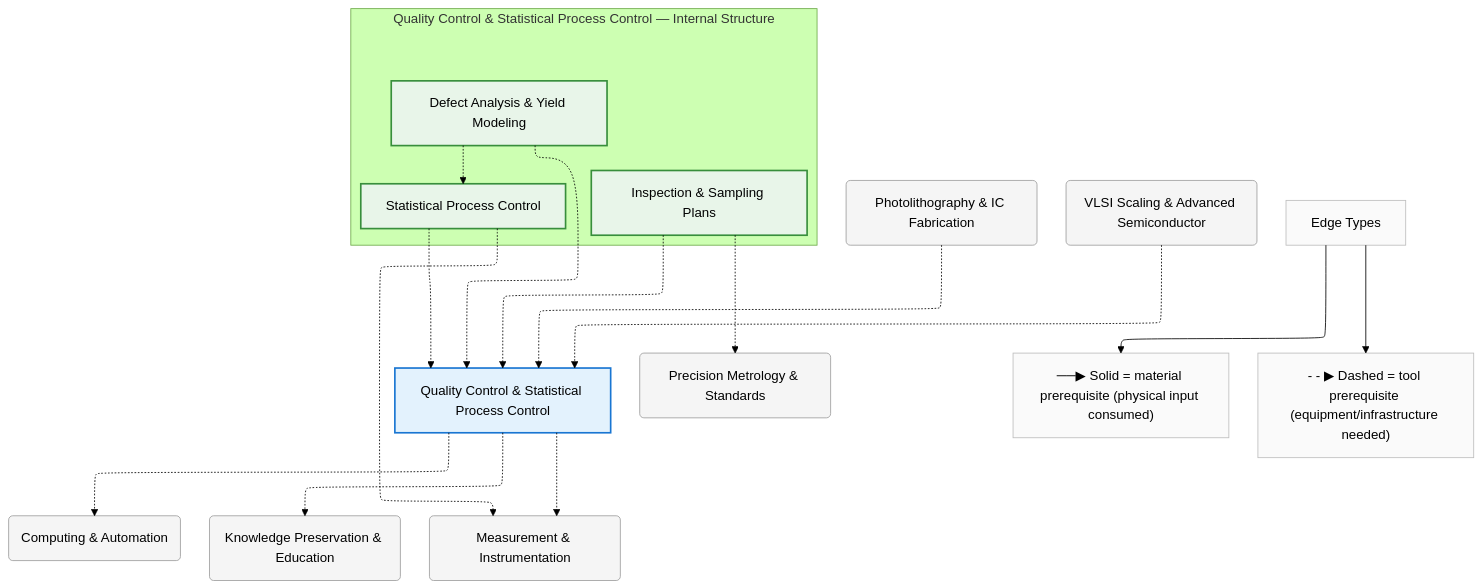
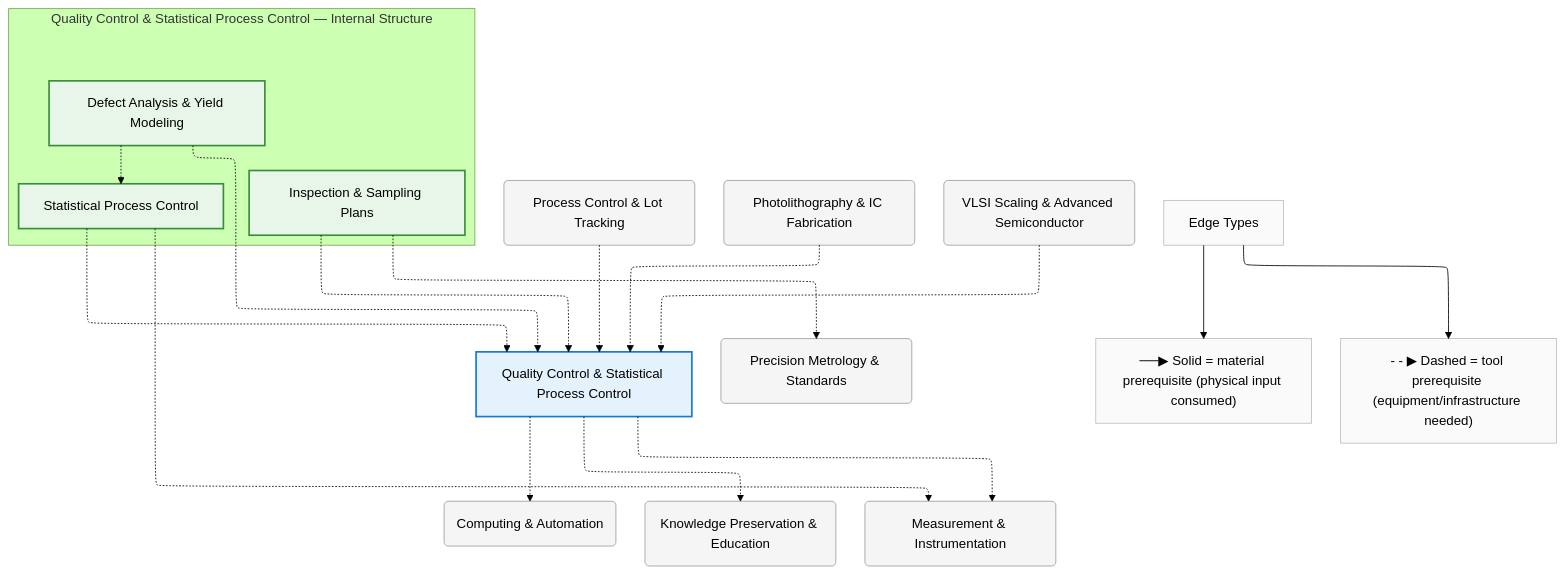
Before and after one commit to egofree/TechTree: the diagram in diagrams/mermaid/quality-control.mmd, drawn with Mermaid (forest theme). The commit also changed 51 other files, not shown here.

```diff
--- a/diagrams/mermaid/quality-control.mmd
+++ b/diagrams/mermaid/quality-control.mmd
@@ -1,61 +1,64 @@
 %%{init: {"flowchart": {"defaultRenderer": "elk", "htmlLabels": true}}}%%
 graph TD
     %% Domain: Quality Control & Statistical Process Control
 
     %% ==================== INTERNAL NODES ====================
     subgraph quality-control_internal ["Quality Control & Statistical Process Control — Internal Structure"]
         direction TB
         quality-control_spc["Statistical Process Control"]
         quality-control_inspection-sampling["Inspection & Sampling Plans"]
         quality-control_defect-analysis["Defect Analysis & Yield Modeling"]
     end
 
     %% ==================== DOMAIN NODE ====================
     quality-control["Quality Control & Statistical Process Control"]
 
     %% ==================== EXTERNAL DEPENDENCIES ====================
+    automation_process-control("Process Control & Lot Tracking")
     computing("Computing & Automation")
     knowledge("Knowledge Preservation & Education")
     measurement("Measurement & Instrumentation")
     measurement_precision-metrology("Precision Metrology & Standards")
     photolithography("Photolithography & IC Fabrication")
     vlsi-scaling("VLSI Scaling & Advanced Semiconductor")
 
     %% ==================== EDGES ====================
     quality-control_spc -.-> quality-control
     quality-control_inspection-sampling -.-> quality-control
     quality-control_defect-analysis -.-> quality-control
     quality-control_defect-analysis -.-> quality-control_spc
     quality-control -.-> measurement
     quality-control -.-> computing
     quality-control -.-> knowledge
     quality-control_spc -.-> measurement
     quality-control_inspection-sampling -.-> measurement_precision-metrology
     vlsi-scaling -.-> quality-control
     photolithography -.-> quality-control
+    automation_process-control -.-> quality-control
 
     %% ==================== EDGE TYPE LEGEND ====================
     EdgeLegend["Edge Types"]
     EdgeLegend --> MatNote["──▶ Solid = material prerequisite (physical input consumed)"]
     EdgeLegend --> ToolNote["- - ▶ Dashed = tool prerequisite (equipment/infrastructure needed)"]
 
     %% ==================== STYLING ====================
     classDef domain fill:#e3f2fd,stroke:#1976d2,stroke-width:2px
     classDef capability fill:#e8f5e9,stroke:#388e3c,stroke-width:2px
     classDef process fill:#fff3e0,stroke:#f57c00,stroke-width:2px
     classDef critical fill:#fff3e0,stroke:#f57c00,stroke-width:3px
     classDef earlyWin fill:#e8f5e9,stroke:#388e3c,stroke-width:3px
     classDef pinnacle fill:#fce4ec,stroke:#c62828,stroke-width:3px
     classDef external fill:#f5f5f5,stroke:#9e9e9e,stroke-width:1px
     classDef legend fill:#fafafa,stroke:#bdbdbd,stroke-width:1px
     class quality-control domain
     class quality-control_spc capability
     class quality-control_inspection-sampling capability
     class quality-control_defect-analysis capability
+    class automation_process-control external
     class computing external
     class knowledge external
     class measurement external
     class measurement_precision-metrology external
     class photolithography external
     class vlsi-scaling external
     class EdgeLegend,MatNote,ToolNote legend
```
